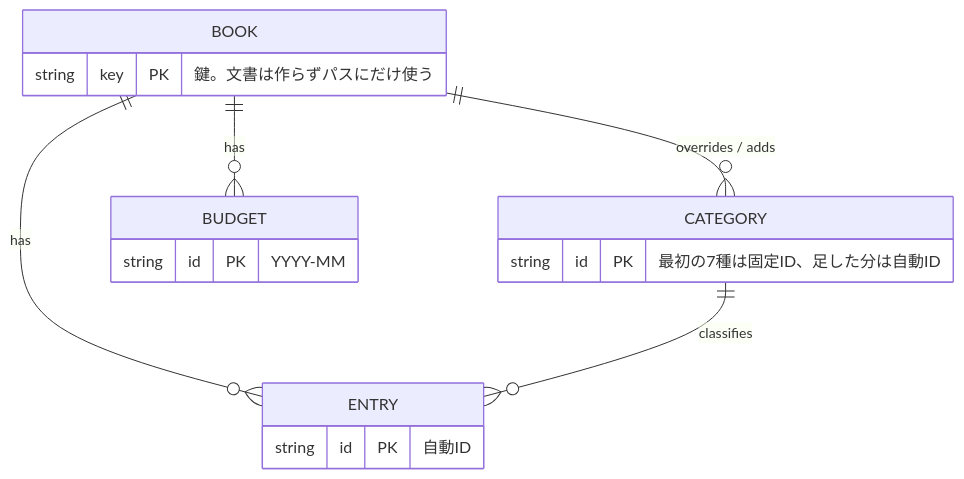
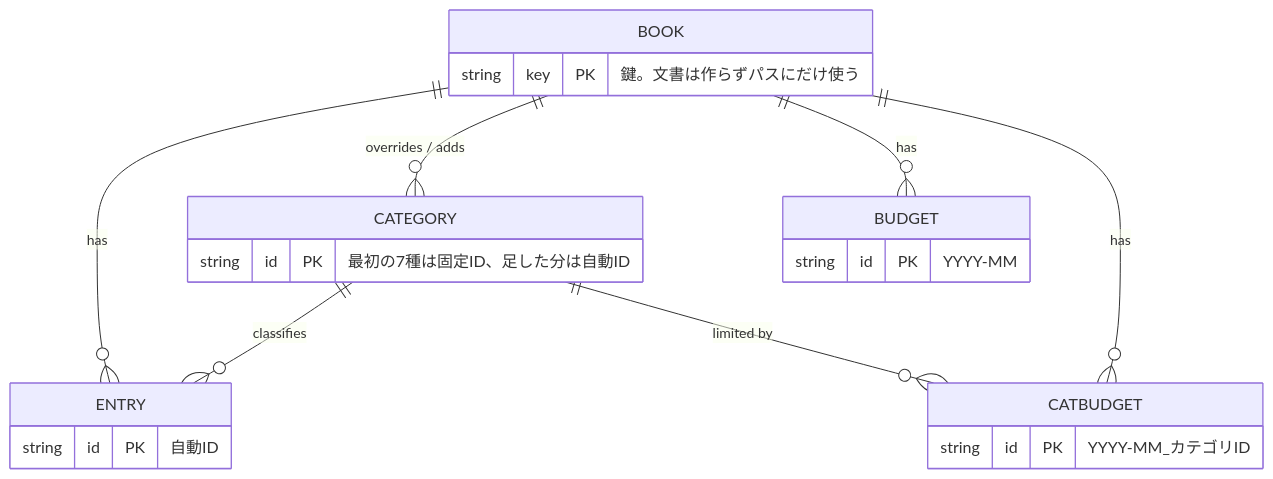
One commit to iiiitiiitiiti/kakeibo changed the diagram in docs/DESIGN.md. Above: the diagram before and after it, drawn with Mermaid. The commit also changed other lines of this file and 9 other files, not shown here.

````diff
--- a/docs/DESIGN.md
+++ b/docs/DESIGN.md
@@ -32,11 +32,14 @@
 ```mermaid
 erDiagram
     BOOK ||--o{ ENTRY : has
     BOOK ||--o{ CATEGORY : "overrides / adds"
     BOOK ||--o{ BUDGET : has
+    BOOK ||--o{ CATBUDGET : has
     CATEGORY ||--o{ ENTRY : classifies
+    CATEGORY ||--o{ CATBUDGET : "limited by"
     BOOK { string key PK "鍵。文書は作らずパスにだけ使う" }
     ENTRY { string id PK "自動ID" }
     CATEGORY { string id PK "最初の7種は固定ID、足した分は自動ID" }
     BUDGET { string id PK "YYYY-MM" }
+    CATBUDGET { string id PK "YYYY-MM_カテゴリID" }
 ```
````
